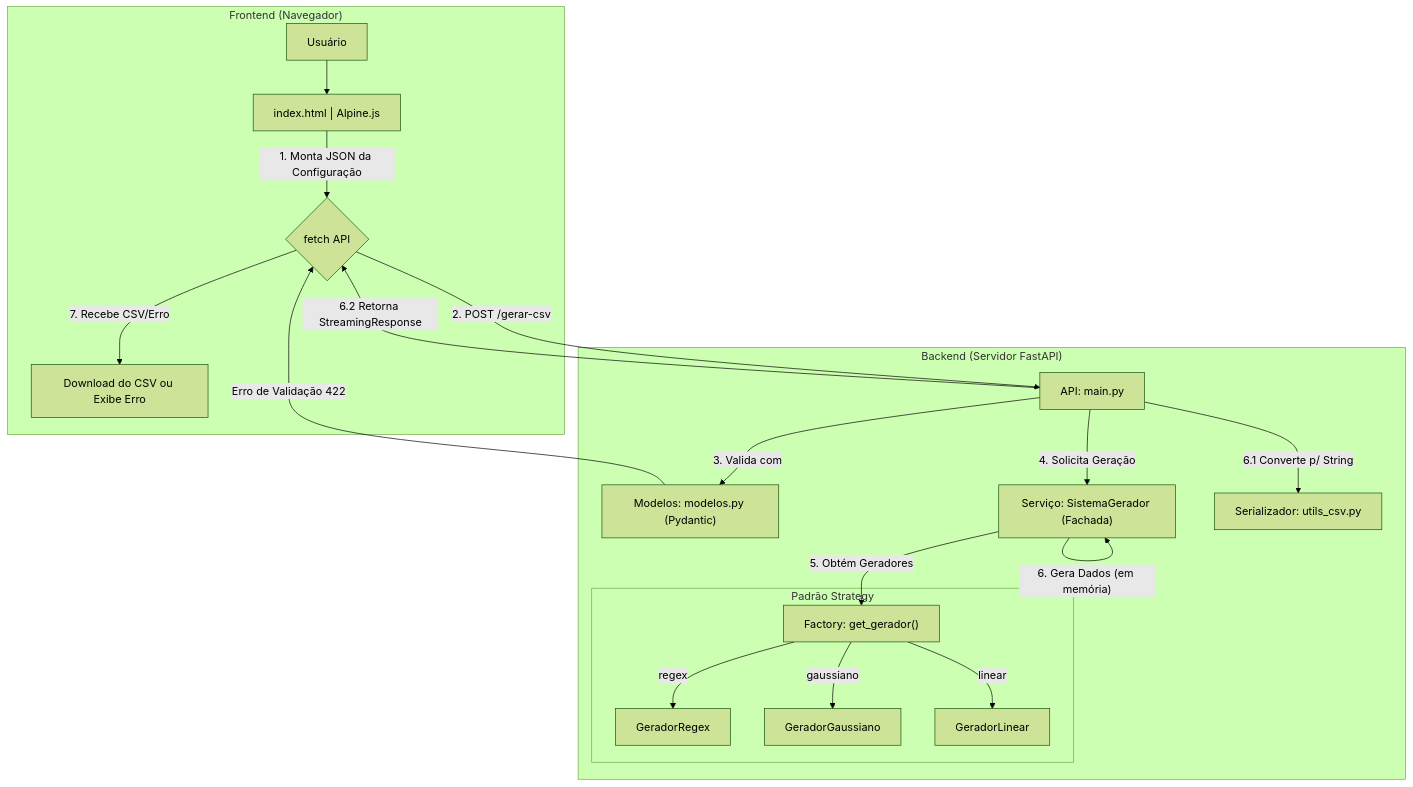
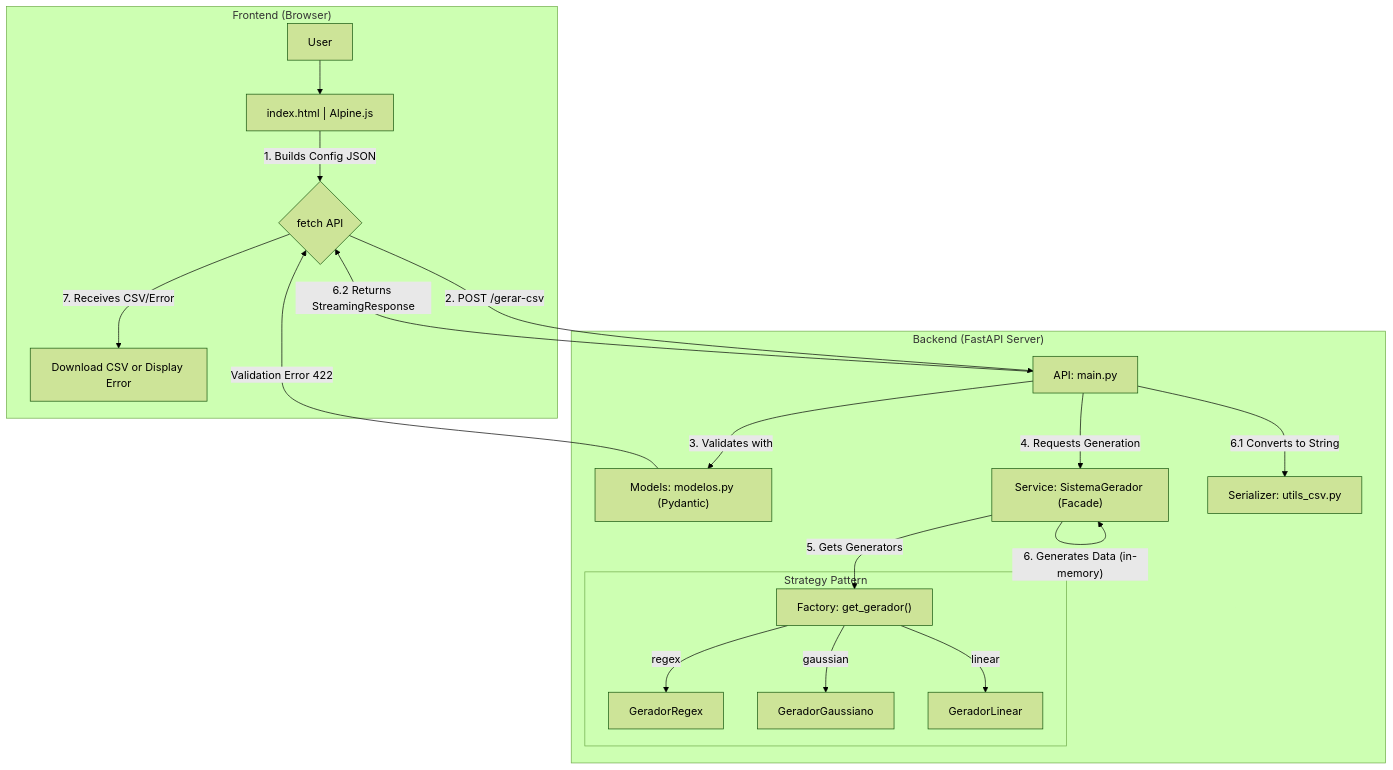
Before and after one commit to CristhianKapelinski/syntheticdata--generator: the diagram in README.md, drawn with Mermaid (forest theme). The commit also changed other lines of this file, not shown here.

````diff
--- a/README.md
+++ b/README.md
@@ -48,27 +48,28 @@
 ```mermaid
 graph TD
-    subgraph Frontend_Navegador ["Frontend (Navegador)"]
-        A[Usuário] --> B["index.html | Alpine.js"]
-        B -- "1. Monta JSON da Configuração" --> C{"fetch API"}
-        C -- "7. Recebe CSV/Erro" --> D["Download do CSV ou Exibe Erro"]
+    subgraph Frontend_Browser ["Frontend (Browser)"]
+        A[User] --> B["index.html | Alpine.js"]
+        B -- "1. Builds Config JSON" --> C{"fetch API"}
+        C -- "7. Receives CSV/Error" --> D["Download CSV or Display Error"]
     end
 
-    subgraph Backend_Servidor ["Backend (Servidor FastAPI)"]
+    subgraph Backend_Server ["Backend (FastAPI Server)"]
         C -- "2. POST /gerar-csv" --> E["API: main.py"]
-        E -- "3. Valida com" --> F["Modelos: modelos.py (Pydantic)"]
-        F -- "Erro de Validação 422" --> C
+        E -- "3. Validates with" --> F["Models: modelos.py (Pydantic)"]
+        F -- "Validation Error 422" --> C
         
-        E -- "4. Solicita Geração" --> G["Serviço: SistemaGerador (Fachada)"]
-        G -- "5. Obtém Geradores" --> H["Factory: get_gerador()"]
+        E -- "4. Requests Generation" --> G["Service: SistemaGerador (Facade)"]
+        G -- "5. Gets Generators" --> H["Factory: get_gerador()"]
         
-        subgraph Padrao_Strategy ["Padrão Strategy"]
+        subgraph Strategy_Pattern ["Strategy Pattern"]
             H -- "regex" --> I[GeradorRegex]
-            H -- "gaussiano" --> J[GeradorGaussiano]
+            H -- "gaussian" --> J[GeradorGaussiano]
             H -- "linear" --> K[GeradorLinear]
         end
 
-        G -- "6. Gera Dados (em memória)" --> G
-        E -- "6.1 Converte p/ String" --> L["Serializador: utils_csv.py"]
-        E -- "6.2 Retorna StreamingResponse" --> C
+        G -- "6. Generates Data (in-memory)" --> G
+        E -- "6.1 Converts to String" --> L["Serializer: utils_csv.py"]
+        E -- "6.2 Returns StreamingResponse" --> C
     end
+
 ```
````
